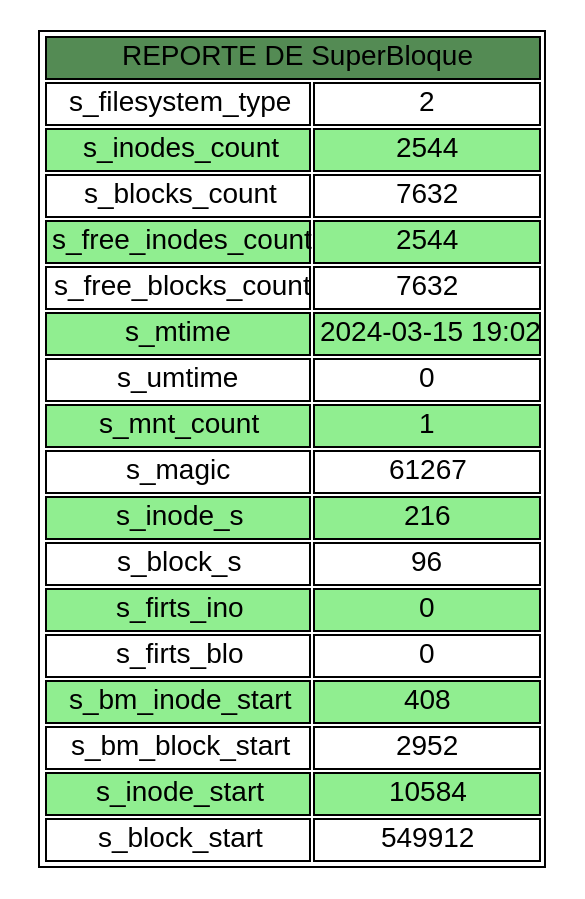
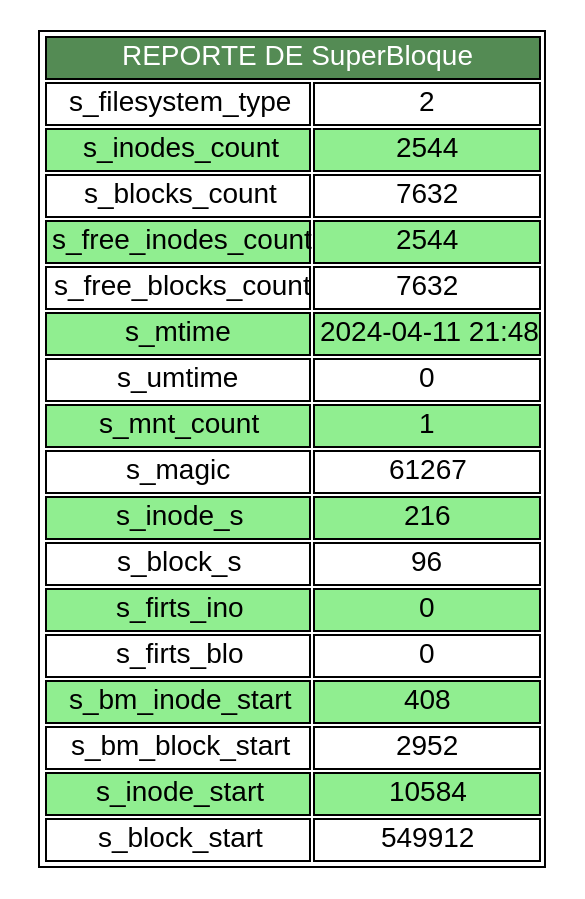
One commit to Fernando-Ibarra/MIA_P1_202110531 changed the diagram in MIA/P1/B.dot. Above: the diagram before and after it, drawn with Graphviz. The commit also changed 20 other files, not shown here.

```diff
--- a/MIA/P1/B.dot
+++ b/MIA/P1/B.dot
@@ -1,25 +1,25 @@
 digraph SuperBloque{
 node [ shape=none fontname=Arial ]
 n1 [ label = <
 <table>
-<tr><td colspan="2" bgcolor="palegreen4">REPORTE DE SuperBloque</td></tr>
+<tr><td colspan="2" bgcolor="palegreen4"><font color="white">REPORTE DE SuperBloque</font></td></tr>
 <tr><td bgcolor="white">s_filesystem_type</td><td bgcolor="white">2</td></tr>
 <tr><td bgcolor="palegreen2">s_inodes_count</td><td bgcolor="palegreen2">2544</td></tr>
 <tr><td bgcolor="white">s_blocks_count</td><td bgcolor="white">7632</td></tr>
 <tr><td bgcolor="palegreen2">s_free_inodes_count</td><td bgcolor="palegreen2">2544</td></tr>
 <tr><td bgcolor="white">s_free_blocks_count</td><td bgcolor="white">7632</td></tr>
-<tr><td bgcolor="palegreen2">s_mtime</td><td bgcolor="palegreen2">2024-03-15 19:02</td></tr>
+<tr><td bgcolor="palegreen2">s_mtime</td><td bgcolor="palegreen2">2024-04-11 21:48</td></tr>
 <tr><td bgcolor="white">s_umtime</td><td bgcolor="white">0</td></tr>
 <tr><td bgcolor="palegreen2">s_mnt_count</td><td bgcolor="palegreen2">1</td></tr>
 <tr><td bgcolor="white">s_magic</td><td bgcolor="white">61267</td></tr>
 <tr><td bgcolor="palegreen2">s_inode_s</td><td bgcolor="palegreen2">216</td></tr>
 <tr><td bgcolor="white">s_block_s</td><td bgcolor="white">96</td></tr>
 <tr><td bgcolor="palegreen2">s_firts_ino</td><td bgcolor="palegreen2">0</td></tr>
 <tr><td bgcolor="white">s_firts_blo</td><td bgcolor="white">0</td></tr>
 <tr><td bgcolor="palegreen2">s_bm_inode_start</td><td bgcolor="palegreen2">408</td></tr>
 <tr><td bgcolor="white">s_bm_block_start</td><td bgcolor="white">2952</td></tr>
 <tr><td bgcolor="palegreen2">s_inode_start</td><td bgcolor="palegreen2">10584</td></tr>
 <tr><td bgcolor="white">s_block_start</td><td bgcolor="white">549912</td></tr>
 </table>
 > ]
 }
```
